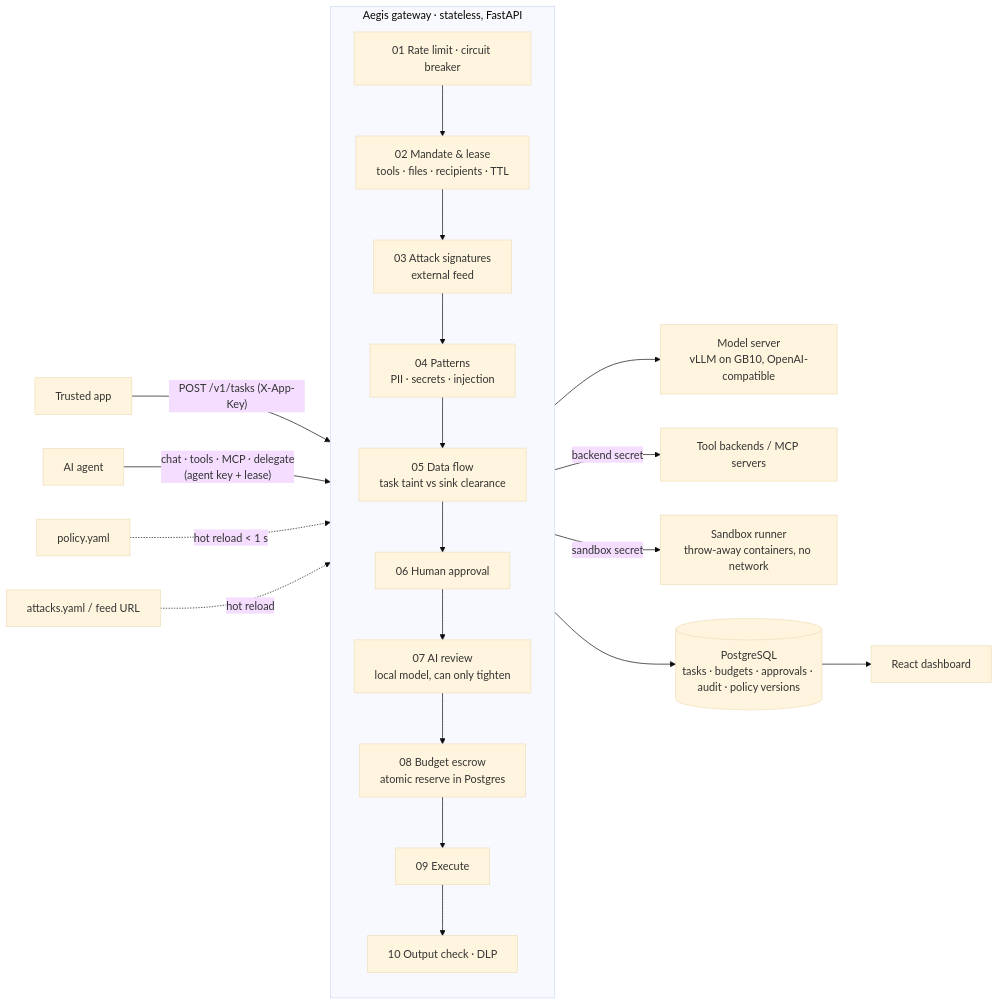
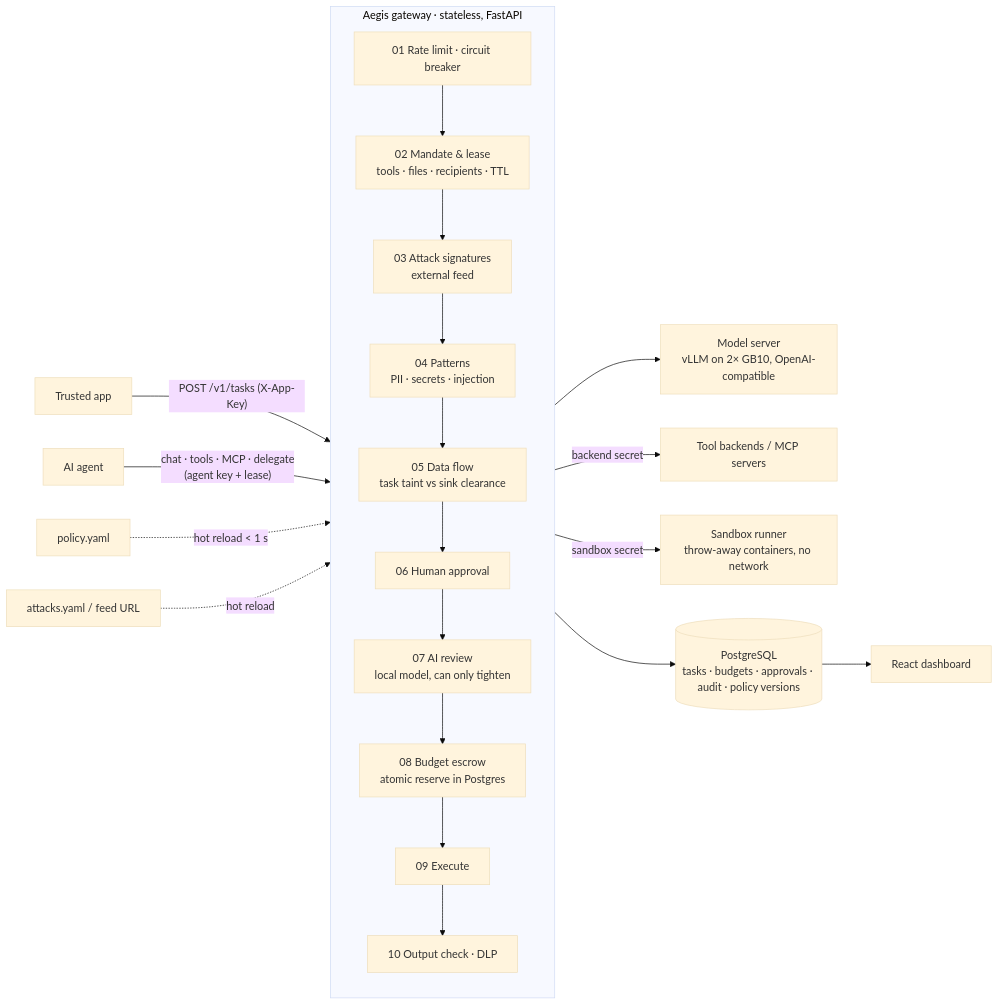
The diagram in 2-architecture/README.md (Alfiarze/hackyeah-2026-goldman), drawn with Mermaid (base theme) before and after one commit. The commit also changed other lines of this file and 10 other files, not shown here.

````diff
--- a/2-architecture/README.md
+++ b/2-architecture/README.md
@@ -7,24 +7,24 @@
 ```mermaid
 flowchart LR
   App[Trusted app] -- "POST /v1/tasks (X-App-Key)" --> GW
   Agent[AI agent] -- "chat · tools · MCP · delegate<br/>(agent key + lease)" --> GW
   subgraph GW[Aegis gateway · stateless, FastAPI]
     direction TB
     R[01 Rate limit · circuit breaker] --> M[02 Mandate & lease<br/>tools · files · recipients · TTL]
     M --> S[03 Attack signatures<br/>external feed]
     S --> D[04 Patterns<br/>PII · secrets · injection]
     D --> T[05 Data flow<br/>task taint vs sink clearance]
     T --> H[06 Human approval]
     H --> SEM[07 AI review<br/>local model, can only tighten]
     SEM --> B[08 Budget escrow<br/>atomic reserve in Postgres]
     B --> X[09 Execute]
     X --> O[10 Output check · DLP]
   end
-  X --> LLM[Model server<br/>vLLM on GB10, OpenAI-compatible]
+  X --> LLM[Model server<br/>vLLM on 2× GB10, OpenAI-compatible]
   X -- "backend secret" --> Tools[Tool backends / MCP servers]
   X -- "sandbox secret" --> Sbx[Sandbox runner<br/>throw-away containers, no network]
   GW --> PG[(PostgreSQL<br/>tasks · budgets · approvals · audit · policy versions)]
   Policy[policy.yaml] -. hot reload < 1 s .-> GW
   Feed[attacks.yaml / feed URL] -. hot reload .-> GW
   PG --> Dash[React dashboard]
 ```
````
